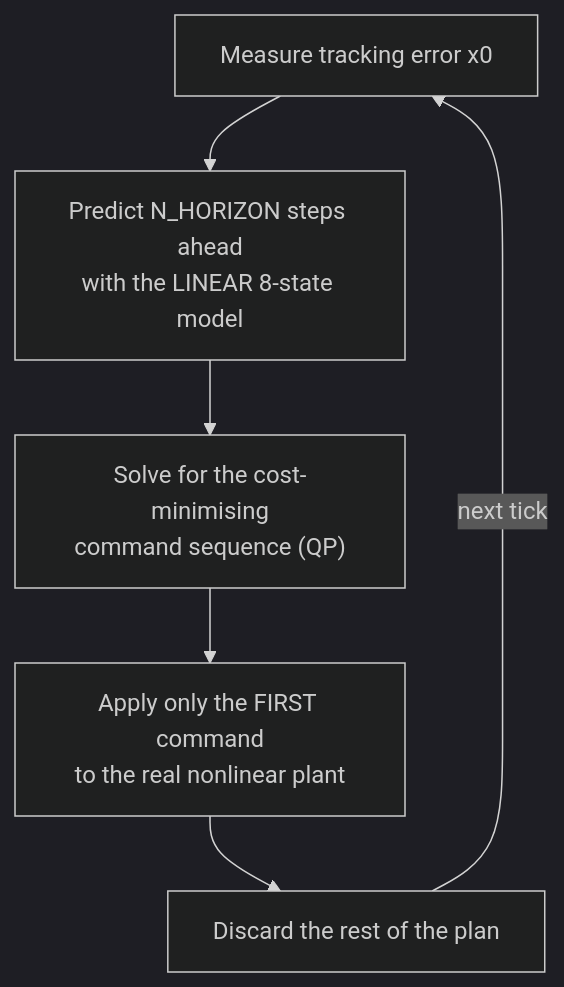
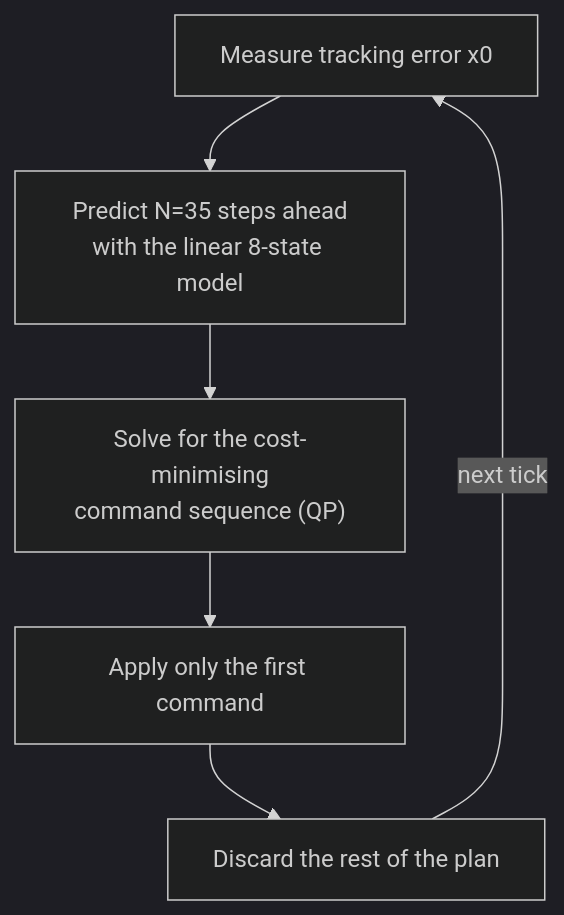
One commit to Martin-Jin/fsae_MPCTest changed the diagram in docs/controllers/lmpc.md. Above: the diagram before and after it, drawn with Mermaid (dark theme). The commit also changed other lines of this file and 30 other files, not shown here.

````diff
--- a/docs/controllers/lmpc.md
+++ b/docs/controllers/lmpc.md
@@ -44,9 +29,9 @@
 ```mermaid
 flowchart TD
     A["Measure tracking error x0"]
-    B["Predict N_HORIZON steps ahead<br/>with the LINEAR 8-state model"]
+    B["Predict N=35 steps ahead<br/>with the linear 8-state model"]
     C["Solve for the cost-minimising<br/>command sequence (QP)"]
-    D["Apply only the FIRST command<br/>to the real nonlinear plant"]
+    D["Apply only the first command"]
     E["Discard the rest of the plan"]
     A --> B --> C --> D --> E -->|"next tick"| A
 ```
````
